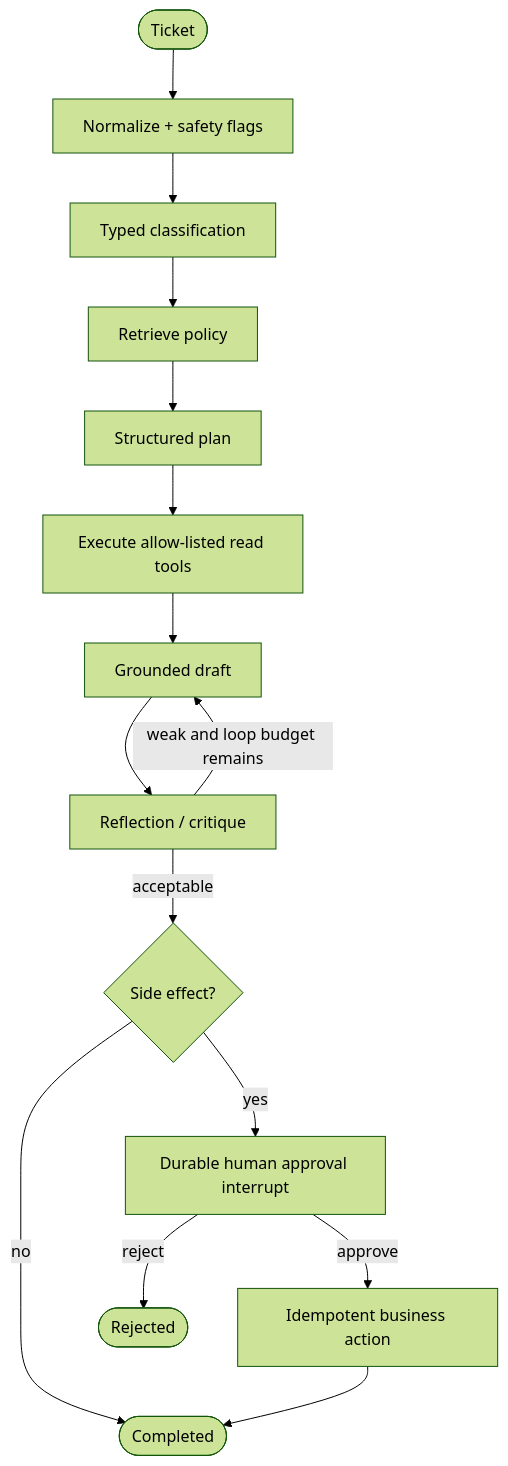
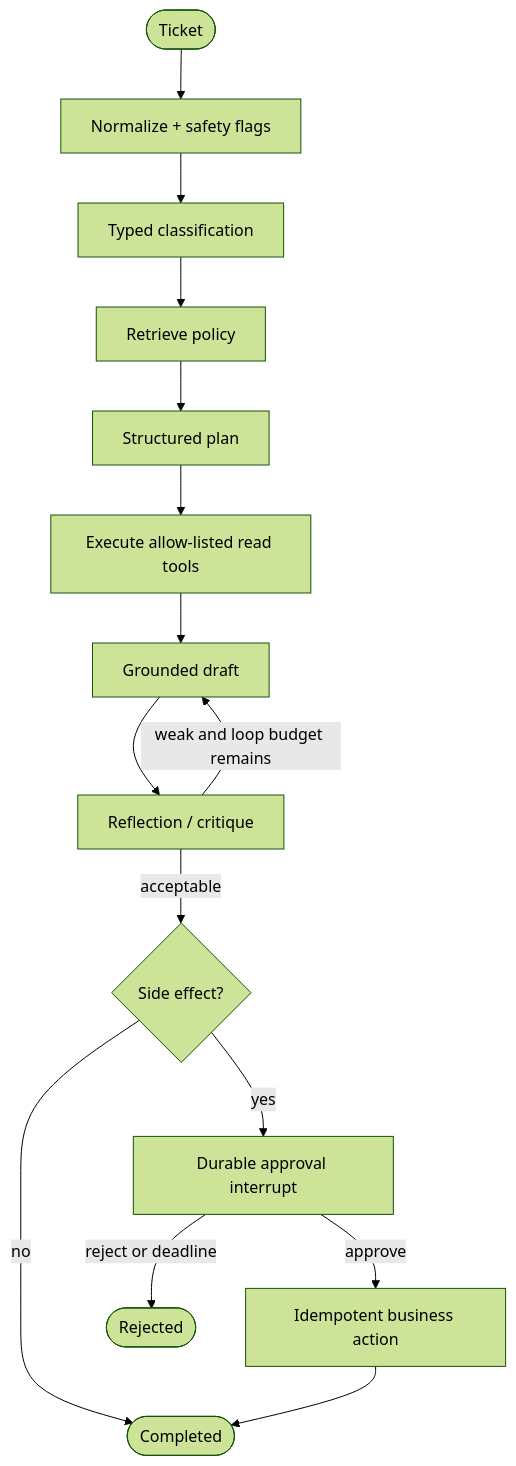
The second of 2 diagrams in README.md (conghan-tay/AgentsToDeployment), drawn with Mermaid (forest theme) before and after one commit. The commit also changed other lines of this file and 44 other files, not shown here.

````diff
--- a/README.md
+++ b/README.md
@@ -48,17 +57,17 @@
 ```mermaid
 flowchart TD
     Start(["Ticket"]) --> Safety["Normalize + safety flags"]
     Safety --> Classify["Typed classification"]
     Classify --> Retrieve["Retrieve policy"]
     Retrieve --> Plan["Structured plan"]
     Plan --> ReadTool["Execute allow-listed read tools"]
     ReadTool --> Draft["Grounded draft"]
     Draft --> Critique["Reflection / critique"]
     Critique -->|"weak and loop budget remains"| Draft
     Critique -->|"acceptable"| Risk{"Side effect?"}
     Risk -->|"no"| Done(["Completed"])
-    Risk -->|"yes"| Pause["Durable human approval interrupt"]
-    Pause -->|"reject"| Rejected(["Rejected"])
+    Risk -->|"yes"| Pause["Durable approval interrupt"]
+    Pause -->|"reject or deadline"| Rejected(["Rejected"])
     Pause -->|"approve"| Action["Idempotent business action"]
     Action --> Done
 ```
````
